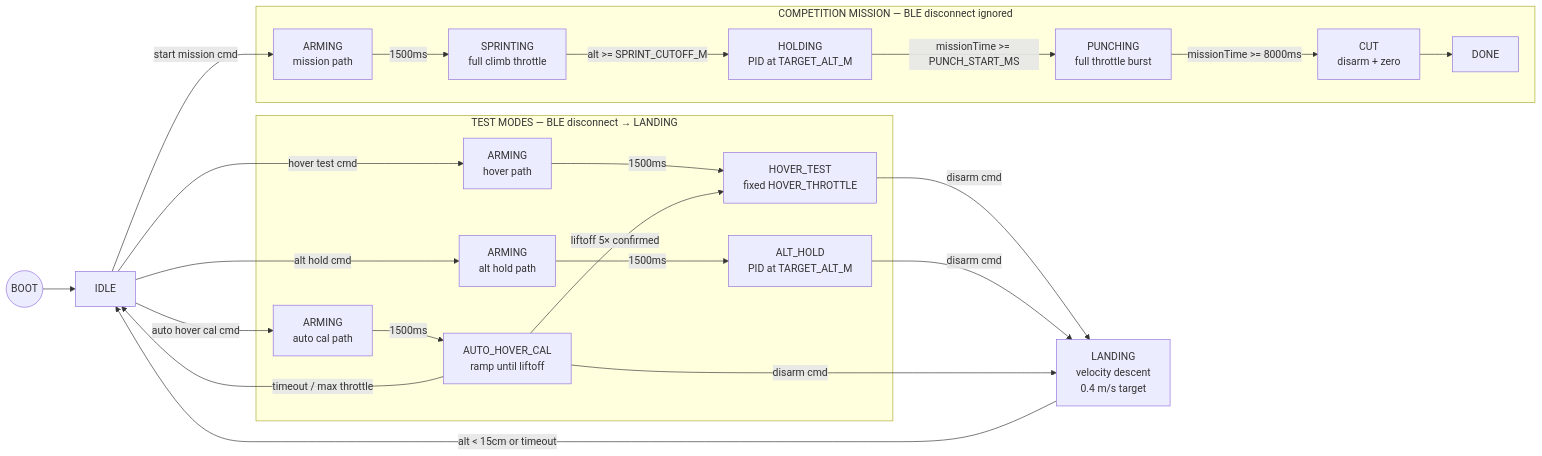
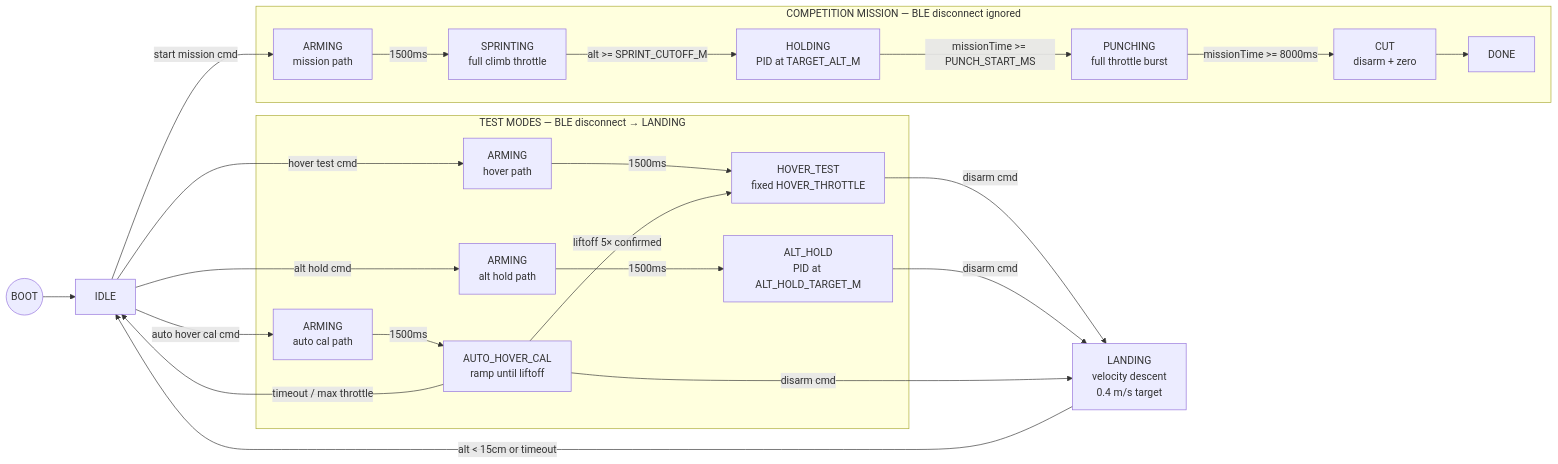
The first of 2 diagrams in README.md (RyanHailey21/esp32_drone), drawn with Mermaid before and after one commit. The commit also changed other lines of this file and 8 other files, not shown here.

````diff
--- a/README.md
+++ b/README.md
@@ -142,47 +142,47 @@
 ```mermaid
 flowchart LR
     BOOT(("BOOT")) --> IDLE
 
     IDLE -->|hover test cmd| ARMING_HT
     IDLE -->|auto hover cal cmd| ARMING_AC
     IDLE -->|alt hold cmd| ARMING_AH
     IDLE -->|start mission cmd| ARMING_M
 
     subgraph TEST["TEST MODES  —  BLE disconnect → LANDING"]
         ARMING_HT["ARMING\nhover path"]
         ARMING_AC["ARMING\nauto cal path"]
         ARMING_AH["ARMING\nalt hold path"]
         HOVER_TEST["HOVER_TEST\nfixed HOVER_THROTTLE"]
         AUTO_HOVER_CAL["AUTO_HOVER_CAL\nramp until liftoff"]
-        ALT_HOLD["ALT_HOLD\nPID at TARGET_ALT_M"]
+        ALT_HOLD["ALT_HOLD\nPID at ALT_HOLD_TARGET_M"]
     end
 
     subgraph MISSION["COMPETITION MISSION  —  BLE disconnect ignored"]
         ARMING_M["ARMING\nmission path"]
         SPRINTING["SPRINTING\nfull climb throttle"]
         HOLDING["HOLDING\nPID at TARGET_ALT_M"]
         PUNCHING["PUNCHING\nfull throttle burst"]
         CUT["CUT\ndisarm + zero"]
         DONE["DONE"]
     end
 
     LANDING["LANDING\nvelocity descent\n0.4 m/s target"]
 
     ARMING_HT -->|1500ms| HOVER_TEST
     ARMING_AC -->|1500ms| AUTO_HOVER_CAL
     ARMING_AH -->|1500ms| ALT_HOLD
     ARMING_M  -->|1500ms| SPRINTING
 
     AUTO_HOVER_CAL -->|liftoff 5× confirmed| HOVER_TEST
     AUTO_HOVER_CAL -->|timeout / max throttle| IDLE
 
     SPRINTING -->|alt >= SPRINT_CUTOFF_M| HOLDING
     HOLDING   -->|missionTime >= PUNCH_START_MS| PUNCHING
     PUNCHING  -->|missionTime >= 8000ms| CUT
     CUT --> DONE
 
     HOVER_TEST  -->|disarm cmd| LANDING
     ALT_HOLD    -->|disarm cmd| LANDING
     AUTO_HOVER_CAL -->|disarm cmd| LANDING
     LANDING -->|alt < 15cm or timeout| IDLE
 ```
````
